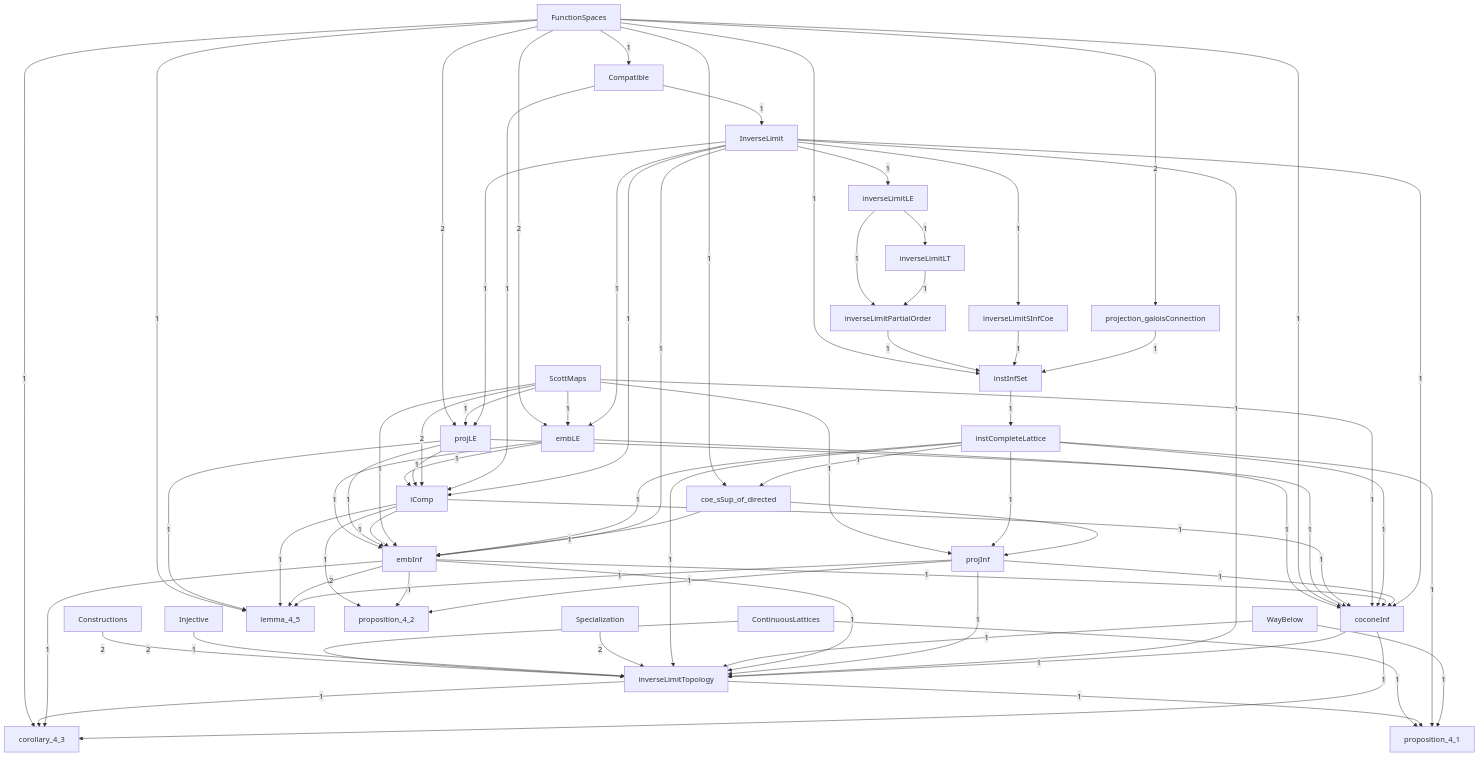
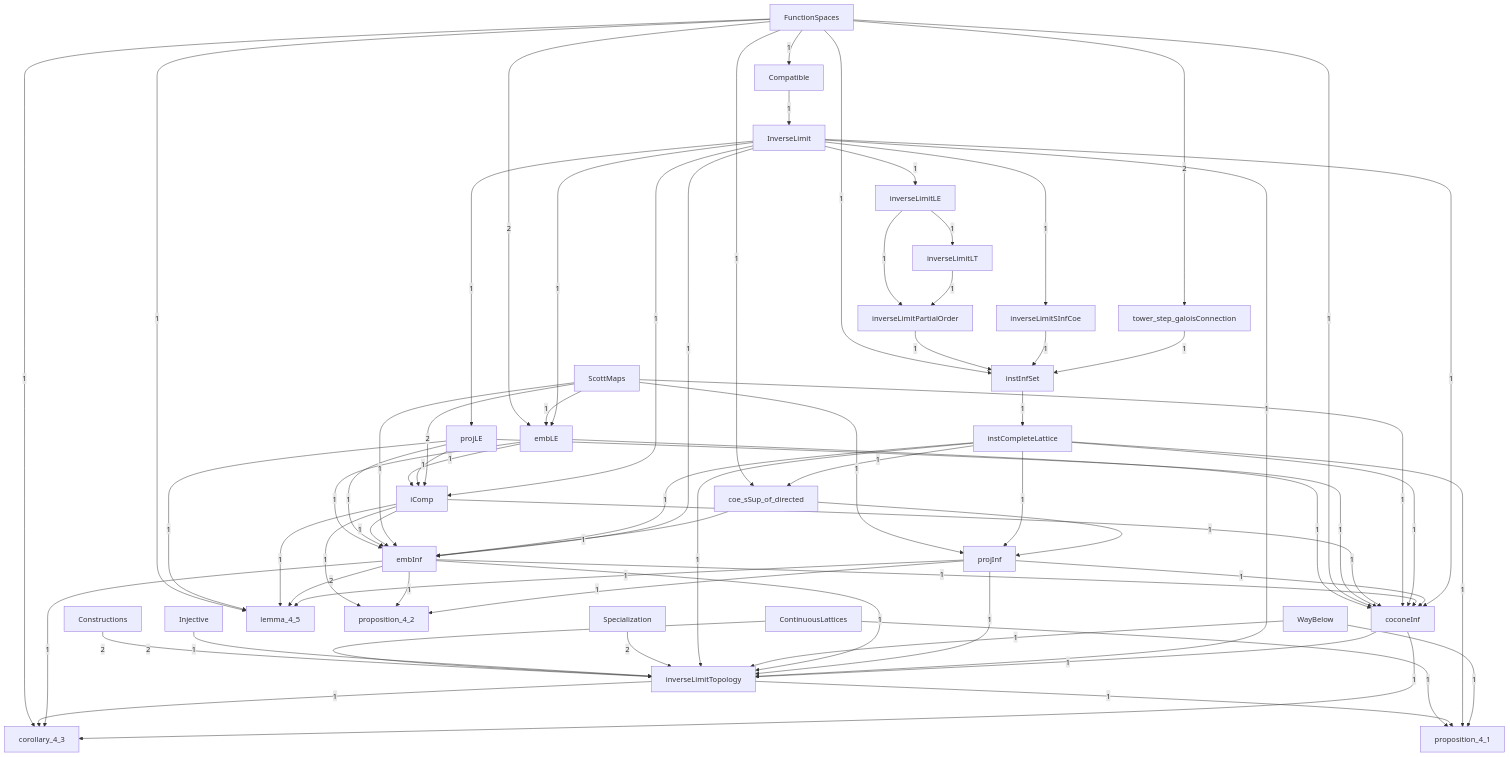
The diagram in DomainTheory/ContinuousLattice/InverseLimits/InverseLimits.mermaid (catskillsresearch/DomainTheory), drawn with Mermaid before and after one commit. The commit also changed 38 other files, not shown here.

First line of the commit message:
Add Tower step adjunction note and rename step Galois connection lemma.

```diff
--- a/DomainTheory/ContinuousLattice/InverseLimits/InverseLimits.mermaid
+++ b/DomainTheory/ContinuousLattice/InverseLimits/InverseLimits.mermaid
@@ -1,108 +1,105 @@
 %% Inside InverseLimits. A box is one Lean file in this folder, or one subfolder.
 %% A box named as another folder is that whole folder. A box named as another chapter is that whole chapter.
 %% The arrowhead points at the file or folder that imports. The label is how many direct imports.
 flowchart TB
 
   N9["coconeInf"]
   N59["coe_sSup_of_directed"]
   N7["Compatible"]
   N0["Constructions"]
   N1["ContinuousLattices"]
   N69["corollary_4_3"]
   N61["embInf"]
   N11["embLE"]
   N2["FunctionSpaces"]
   N34["iComp"]
   N3["Injective"]
   N58["instCompleteLattice"]
   instInfSet["instInfSet"]
   N8["InverseLimit"]
   N19["inverseLimitLE"]
   N23["inverseLimitLT"]
   N25["inverseLimitPartialOrder"]
   N26["inverseLimitSInfCoe"]
   N27["inverseLimitTopology"]
   N75["lemma_4_5"]
-  N52["projection_galoisConnection"]
   N73["projInf"]
   N33["projLE"]
   N77["proposition_4_1"]
   N78["proposition_4_2"]
   N4["ScottMaps"]
   N5["Specialization"]
+  tower_step_galoisConnection["tower_step_galoisConnection"]
   N6["WayBelow"]
 
   N2 -->|"2"| N11
   N4 -->|"1"| N11
   N8 -->|"1"| N11
   N8 -->|"1"| N19
   N19 -->|"1"| N23
   N19 -->|"1"| N25
   N23 -->|"1"| N25
   N8 -->|"1"| N26
   N0 -->|"2"| N27
   N1 -->|"2"| N27
   N3 -->|"1"| N27
   N5 -->|"2"| N27
   N58 -->|"1"| N27
   N6 -->|"1"| N27
   N61 -->|"1"| N27
   N73 -->|"1"| N27
   N8 -->|"1"| N27
   N9 -->|"1"| N27
-  N2 -->|"2"| N33
-  N4 -->|"1"| N33
   N8 -->|"1"| N33
   N11 -->|"1"| N34
   N33 -->|"1"| N34
   N4 -->|"2"| N34
-  N7 -->|"1"| N34
   N8 -->|"1"| N34
-  N2 -->|"2"| N52
   instInfSet -->|"1"| N58
   N2 -->|"1"| N59
   N58 -->|"1"| N59
   N11 -->|"1"| N61
   N33 -->|"1"| N61
   N34 -->|"1"| N61
   N4 -->|"1"| N61
   N58 -->|"1"| N61
   N59 -->|"1"| N61
   N8 -->|"1"| N61
   N2 -->|"1"| N69
   N27 -->|"1"| N69
   N61 -->|"1"| N69
   N9 -->|"1"| N69
   N2 -->|"1"| N7
   N4 -->|"1"| N73
   N58 -->|"1"| N73
   N59 -->|"1"| N73
   N2 -->|"1"| N75
   N33 -->|"1"| N75
   N34 -->|"1"| N75
   N61 -->|"2"| N75
   N73 -->|"1"| N75
   N1 -->|"1"| N77
   N27 -->|"1"| N77
   N58 -->|"1"| N77
   N6 -->|"1"| N77
   N34 -->|"1"| N78
   N61 -->|"1"| N78
   N73 -->|"1"| N78
   N7 -->|"1"| N8
   N11 -->|"1"| N9
   N2 -->|"1"| N9
   N33 -->|"1"| N9
   N34 -->|"1"| N9
   N4 -->|"1"| N9
   N58 -->|"1"| N9
   N61 -->|"1"| N9
   N73 -->|"1"| N9
   N8 -->|"1"| N9
   N2 -->|"1"| instInfSet
   N25 -->|"1"| instInfSet
   N26 -->|"1"| instInfSet
-  N52 -->|"1"| instInfSet
+  tower_step_galoisConnection -->|"1"| instInfSet
+  N2 -->|"2"| tower_step_galoisConnection
 
   classDef file fill:#dbeafe,stroke:#1d4ed8,color:#1e3a8a
   classDef ext fill:#f3f4f6,stroke:#374151,color:#111827
```
